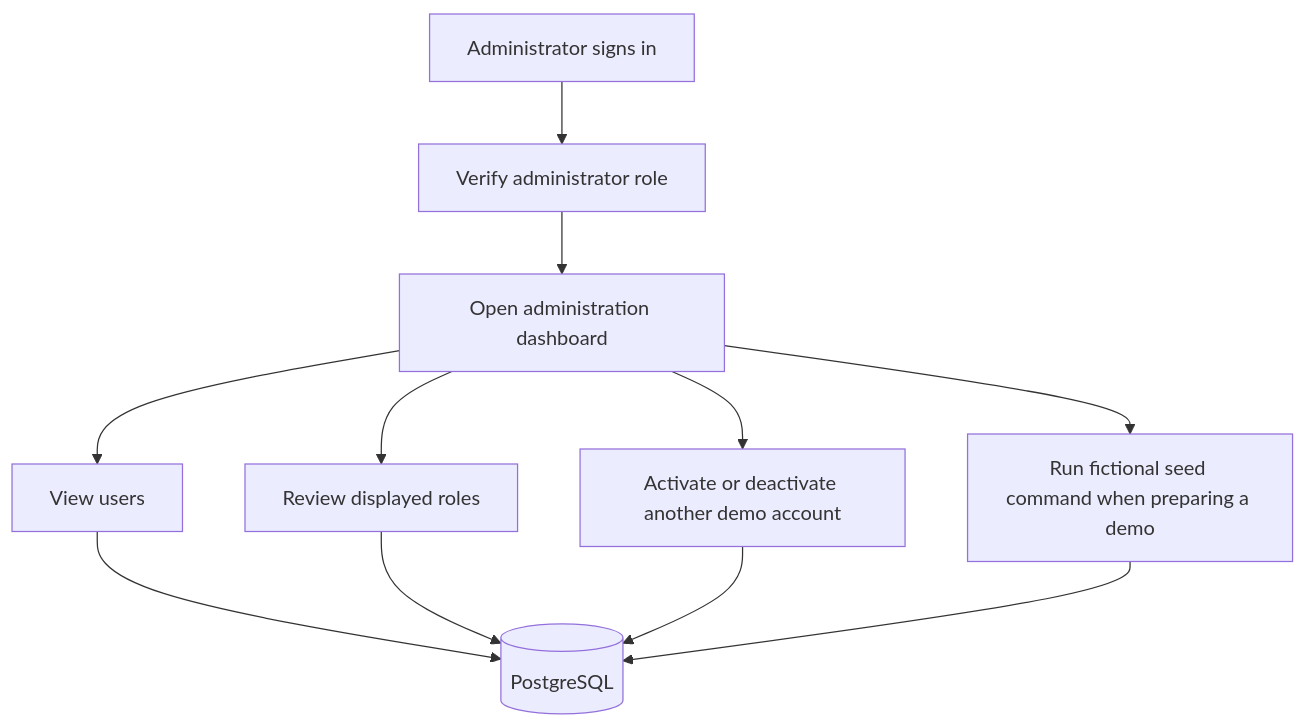
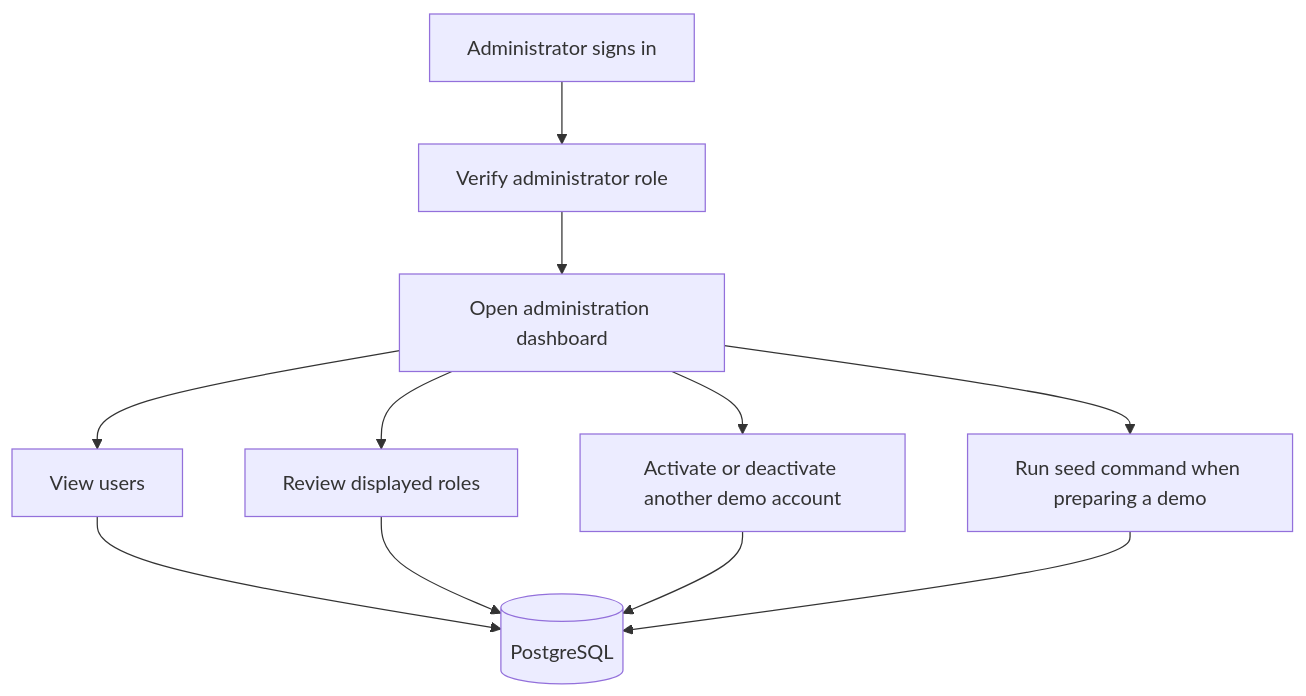
Before and after one commit to R-gitonga/AfyaGlyco: the sixth of 8 diagrams in docs/system-tutorials.md, drawn with Mermaid. The commit also changed other lines of this file and 59 other files, not shown here.

````diff
--- a/docs/system-tutorials.md
+++ b/docs/system-tutorials.md
@@ -195,13 +195,13 @@
 ```mermaid
 flowchart TD
     Admin[Administrator signs in] --> Auth[Verify administrator role]
     Auth --> Dashboard[Open administration dashboard]
     Dashboard --> Users[View users]
     Dashboard --> Roles[Review displayed roles]
     Dashboard --> Status[Activate or deactivate another demo account]
-    Dashboard --> Seed[Run fictional seed command when preparing a demo]
+    Dashboard --> Seed[Run seed command when preparing a demo]
     Users --> Save[(PostgreSQL)]
     Roles --> Save
     Status --> Save
     Seed --> Save
 ```
````
